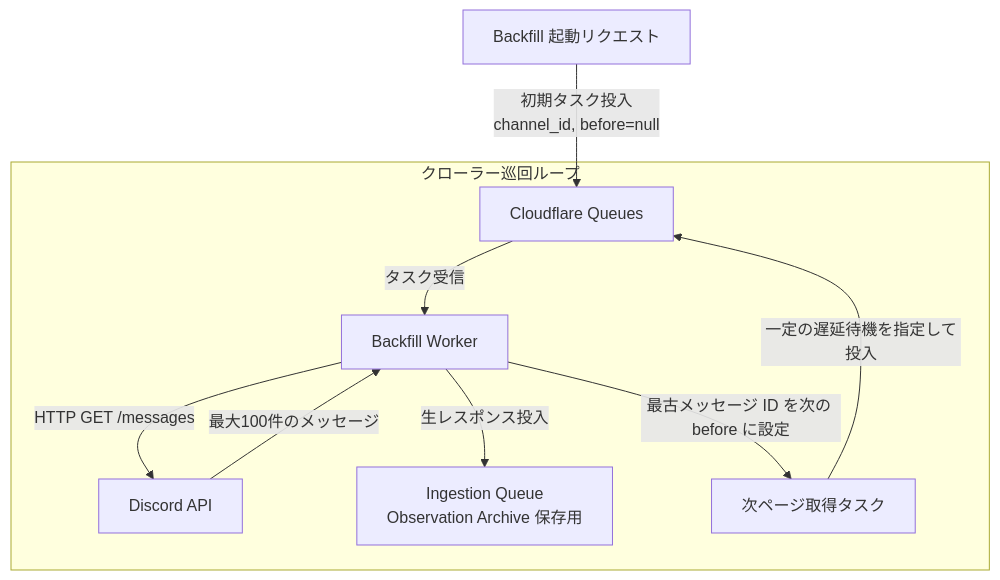
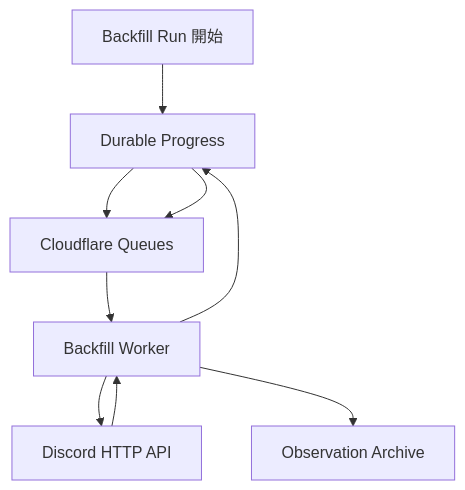
The diagram in docs/architecture/cloudflare/backfill/README.md (ojiverse/datawarehouse), drawn with Mermaid before and after one commit. The commit also changed other lines of this file, not shown here.

Commit message:
docs: Backfill progress を Queue-only から durable ledger へ変更

````diff
--- a/docs/architecture/cloudflare/backfill/README.md
+++ b/docs/architecture/cloudflare/backfill/README.md
@@ -12,14 +13,18 @@
 ```mermaid
 flowchart TD
-    Init[Backfill 起動リクエスト] -->|初期タスク投入<br>channel_id, before=null| Q[Cloudflare Queues]
-    
-    subgraph CrawlerLoop[クローラー巡回ループ]
-        Q -->|タスク受信| Worker[Backfill Worker]
-        Worker -->|HTTP GET /messages| Discord[Discord API]
-        Discord -->|最大100件のメッセージ| Worker
-        Worker -->|生レスポンス投入| IngestQ[Ingestion Queue<br>Observation Archive 保存用]
-        
-        Worker -->|最古メッセージ ID を次の before に設定| NextTask[次ページ取得タスク]
-        NextTask -->|一定の遅延待機を指定して投入| Q
-    end
+    Start[Backfill Run 開始]
+    Ledger[Durable Progress]
+    Queue[Cloudflare Queues]
+    Worker[Backfill Worker]
+    Discord[Discord HTTP API]
+    Archive[Observation Archive]
+
+    Start --> Ledger
+    Ledger --> Queue
+    Queue --> Worker
+    Worker --> Discord
+    Discord --> Worker
+    Worker --> Archive
+    Worker --> Ledger
+    Ledger --> Queue
 ```
````
